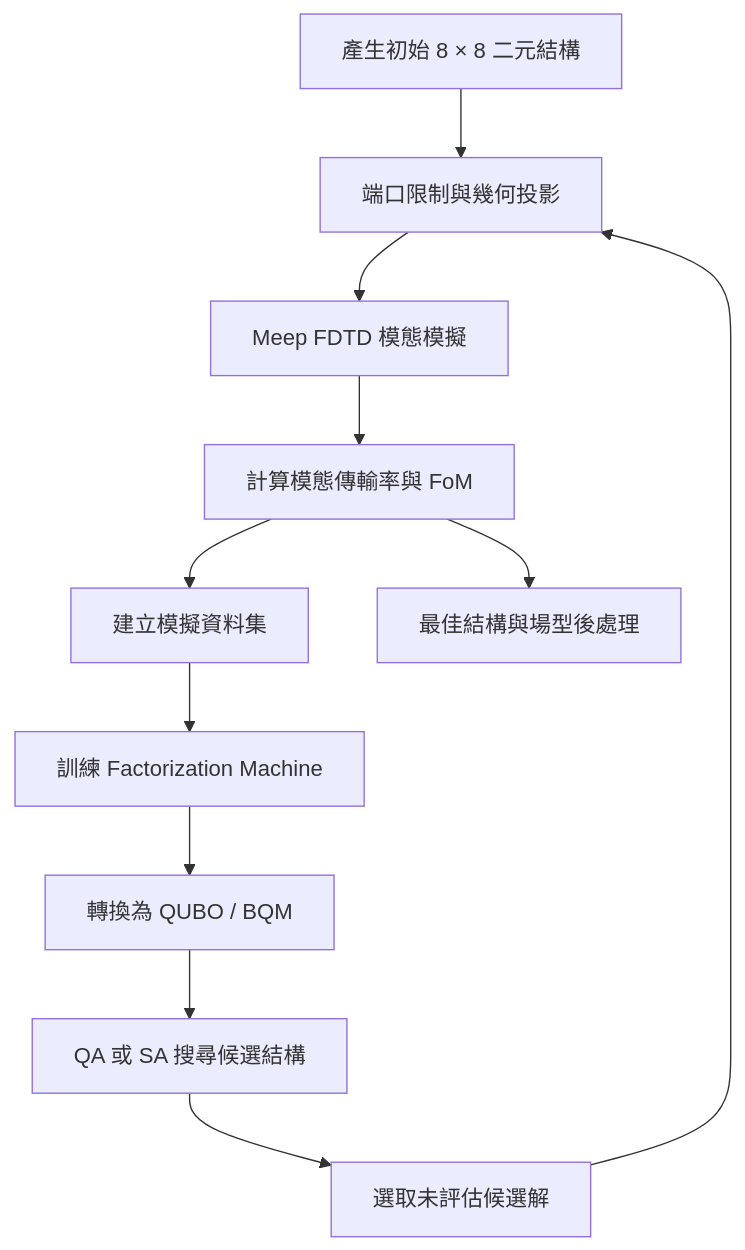
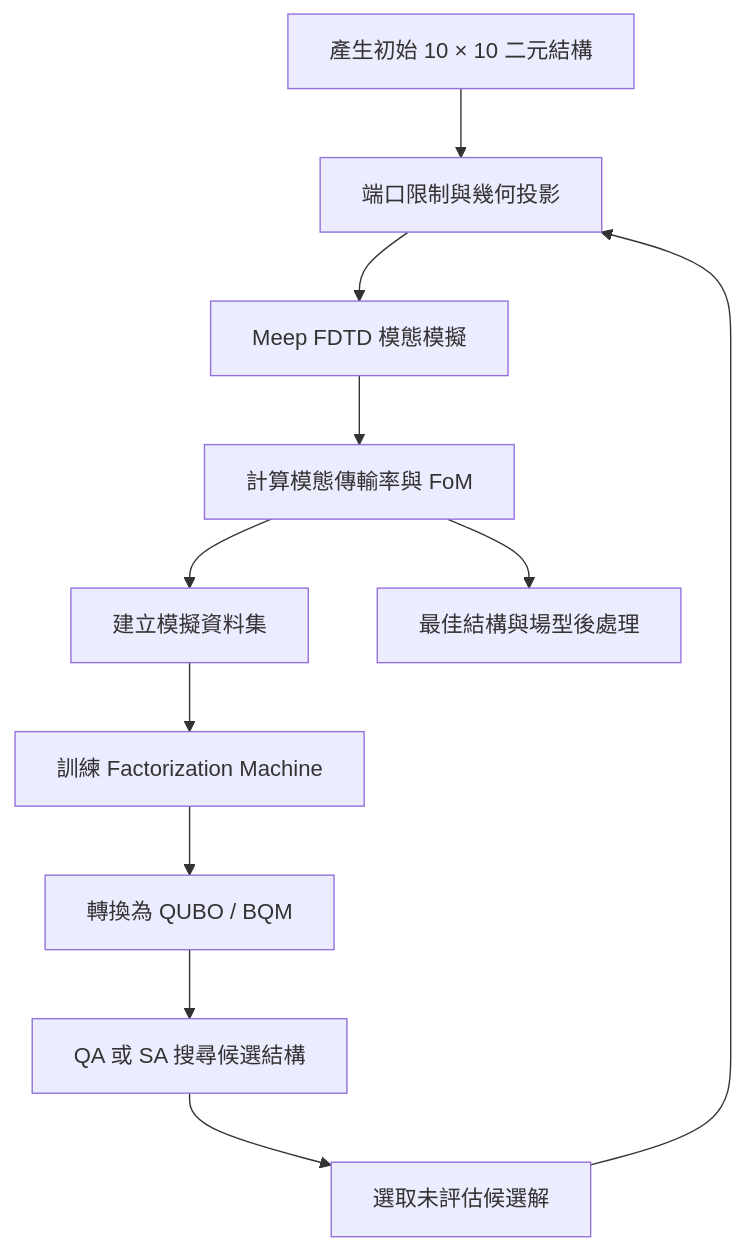
Before and after one commit to Oscar7769/Demux_Tutorial: the first of 16 diagrams in README.md, drawn with Mermaid. The commit also changed other lines of this file, not shown here.

````diff
--- a/README.md
+++ b/README.md
@@ -79,13 +79,13 @@
 ```mermaid
 flowchart TD
-    A["產生初始 8 × 8 二元結構"] --> B["端口限制與幾何投影"]
+    A["產生初始 10 × 10 二元結構"] --> B["端口限制與幾何投影"]
     B --> C["Meep FDTD 模態模擬"]
     C --> D["計算模態傳輸率與 FoM"]
     D --> E["建立模擬資料集"]
     E --> F["訓練 Factorization Machine"]
     F --> G["轉換為 QUBO / BQM"]
     G --> H["QA 或 SA 搜尋候選結構"]
     H --> I["選取未評估候選解"]
     I --> B
     D --> J["最佳結構與場型後處理"]
 ```
````
